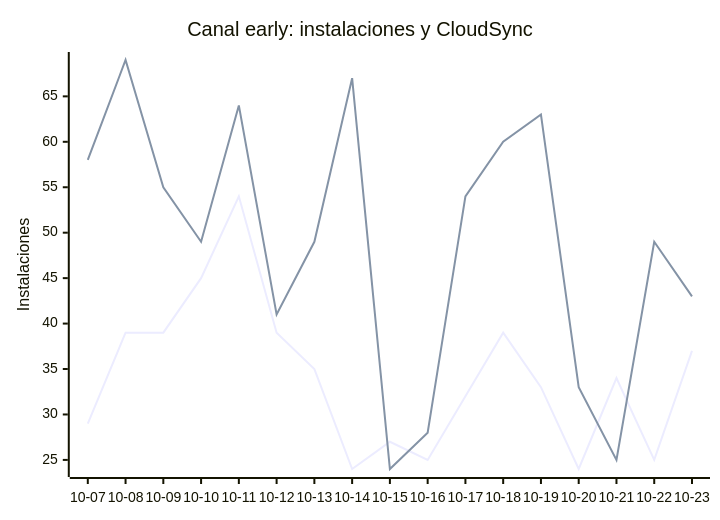
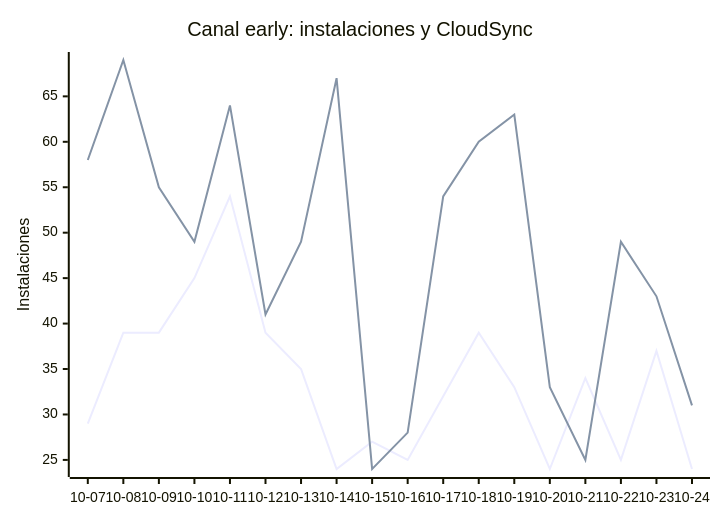
The ninth of 9 diagrams in README.md (EmuDeck/stats), drawn with Mermaid before and after one commit. The commit also changed other lines of this file and 2 other files, not shown here.

````diff
--- a/README.md
+++ b/README.md
@@ -110,8 +110,8 @@
 ```mermaid
 xychart-beta
     title "Canal early: instalaciones y CloudSync"
-    x-axis ["10-07", "10-08", "10-09", "10-10", "10-11", "10-12", "10-13", "10-14", "10-15", "10-16", "10-17", "10-18", "10-19", "10-20", "10-21", "10-22", "10-23"]
+    x-axis ["10-07", "10-08", "10-09", "10-10", "10-11", "10-12", "10-13", "10-14", "10-15", "10-16", "10-17", "10-18", "10-19", "10-20", "10-21", "10-22", "10-23", "10-24"]
     y-axis "Instalaciones"
-    line [29, 39, 39, 45, 54, 39, 35, 24, 27, 25, 32, 39, 33, 24, 34, 25, 37]
-    line [58, 69, 55, 49, 64, 41, 49, 67, 24, 28, 54, 60, 63, 33, 25, 49, 43]
+    line [29, 39, 39, 45, 54, 39, 35, 24, 27, 25, 32, 39, 33, 24, 34, 25, 37, 24]
+    line [58, 69, 55, 49, 64, 41, 49, 67, 24, 28, 54, 60, 63, 33, 25, 49, 43, 31]
 ```
````
